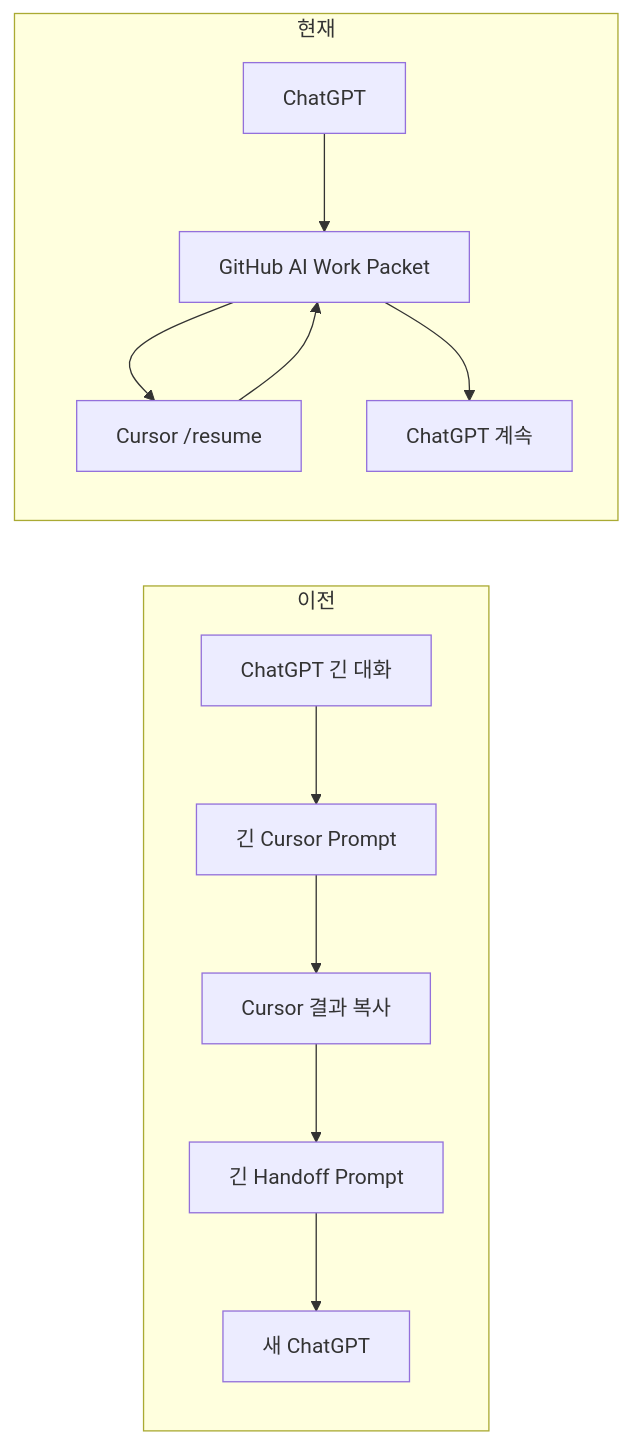
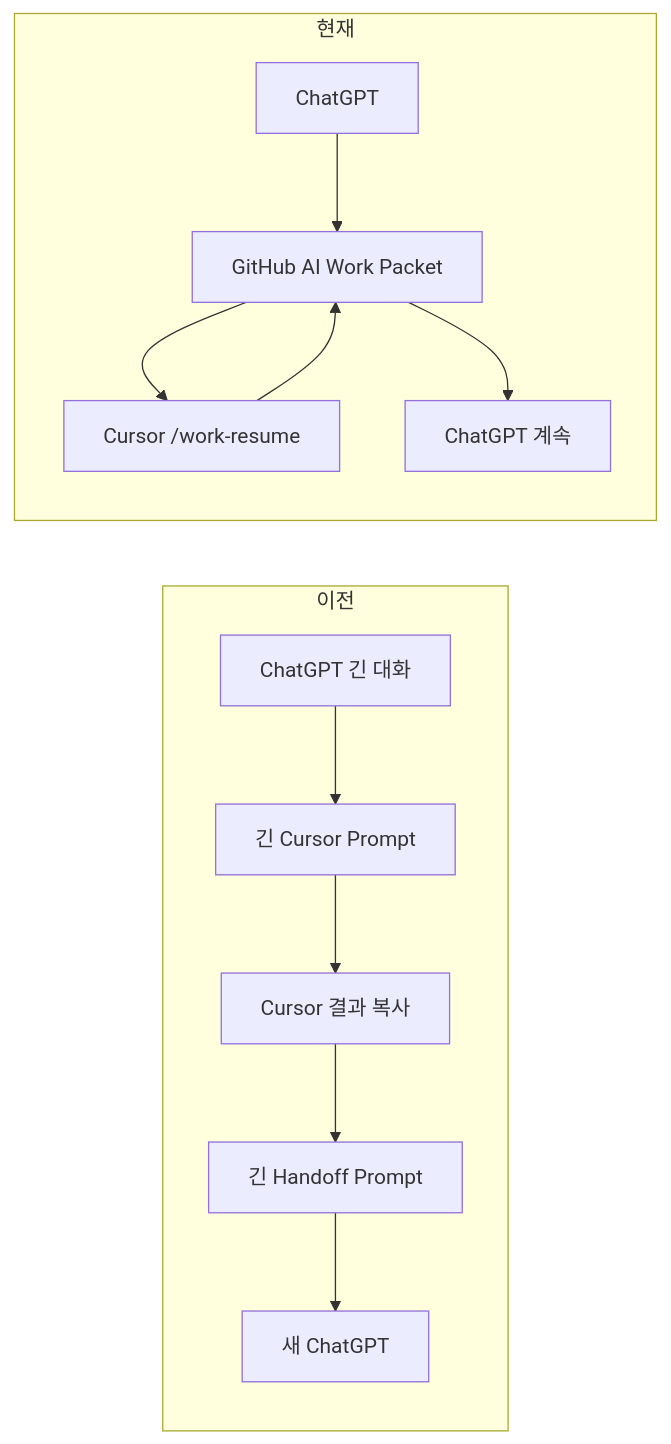
One commit to datarelay-labs/engineering-system-docs changed the first of 2 diagrams in ko/session-continuity.mdx. Above: the diagram before and after it, drawn with Mermaid. The commit also changed other lines of this file and 7 other files, not shown here.

```diff
--- a/ko/session-continuity.mdx
+++ b/ko/session-continuity.mdx
@@ -14,16 +14,16 @@
 ~~~mermaid
 flowchart LR
     subgraph BEFORE["이전"]
       A1["ChatGPT 긴 대화"] --> A2["긴 Cursor Prompt"]
       A2 --> A3["Cursor 결과 복사"]
       A3 --> A4["긴 Handoff Prompt"]
       A4 --> A5["새 ChatGPT"]
     end
 
     subgraph AFTER["현재"]
       B1["ChatGPT"] --> B2["GitHub AI Work Packet"]
-      B2 --> B3["Cursor /resume"]
+      B2 --> B3["Cursor /work-resume"]
       B3 --> B2
       B2 --> B4["ChatGPT 계속"]
     end
 ~~~
```
